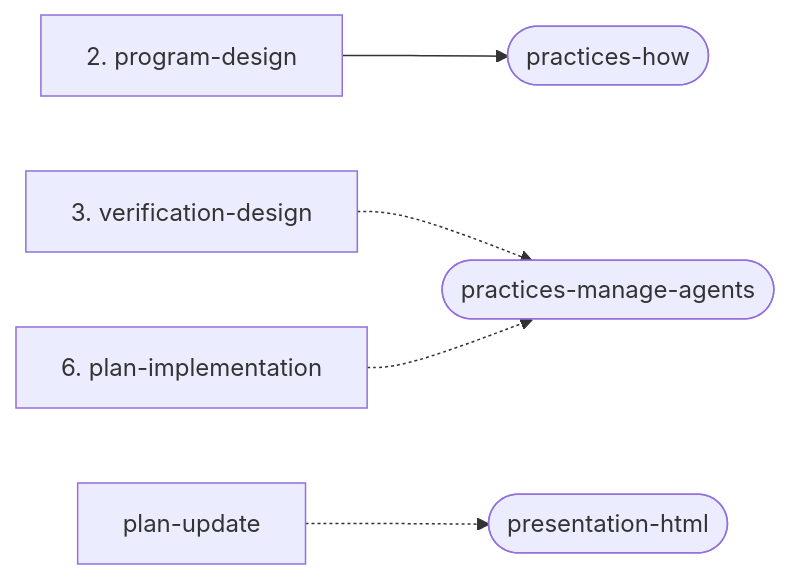
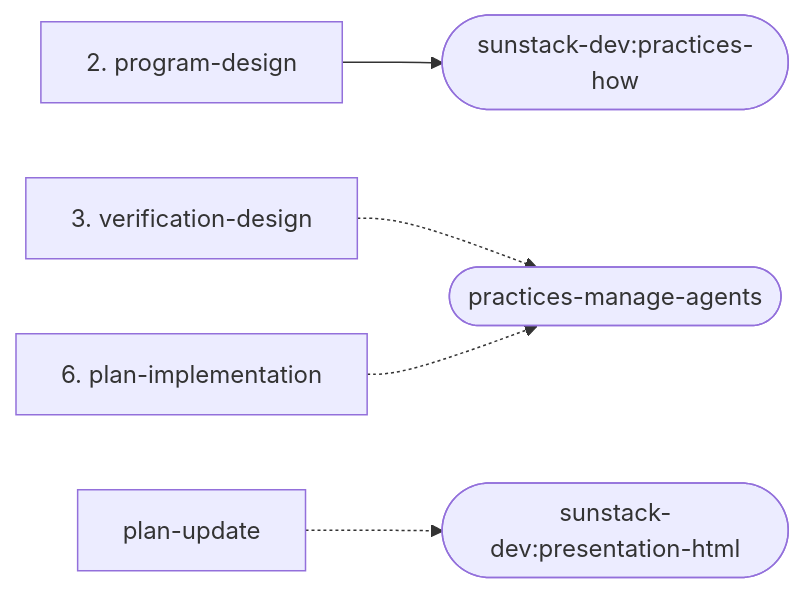
Before and after one commit to ShravanSunder/sunstack: the second of 4 diagrams in plugins/sunstack-dev/docs/phase-composition.md, drawn with Mermaid. The commit also changed other lines of this file and 271 other files, not shown here.

````diff
--- a/plugins/sunstack-dev/docs/phase-composition.md
+++ b/plugins/sunstack-dev/docs/phase-composition.md
@@ -76,7 +76,7 @@
 ```mermaid
 flowchart LR
-  program_design["2. program-design"] --> practices_how(["practices-how"])
+  program_design["2. program-design"] --> practices_how(["sunstack-dev:practices-how"])
   verification_design["3. verification-design"] -.-> practices_manage_agents(["practices-manage-agents"])
   plan_implementation["6. plan-implementation"] -.-> practices_manage_agents(["practices-manage-agents"])
-  plan_update["plan-update"] -.-> presentation_html(["presentation-html"])
+  plan_update["plan-update"] -.-> presentation_html(["sunstack-dev:presentation-html"])
 ```
````
